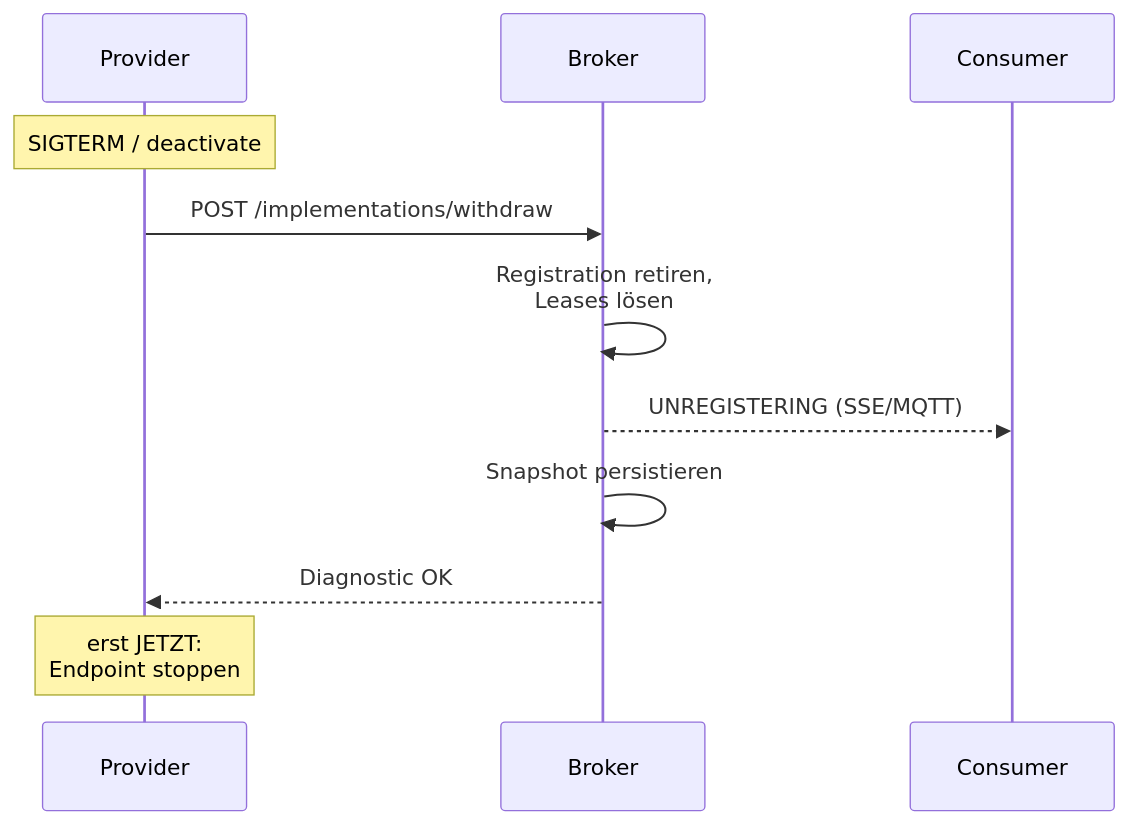
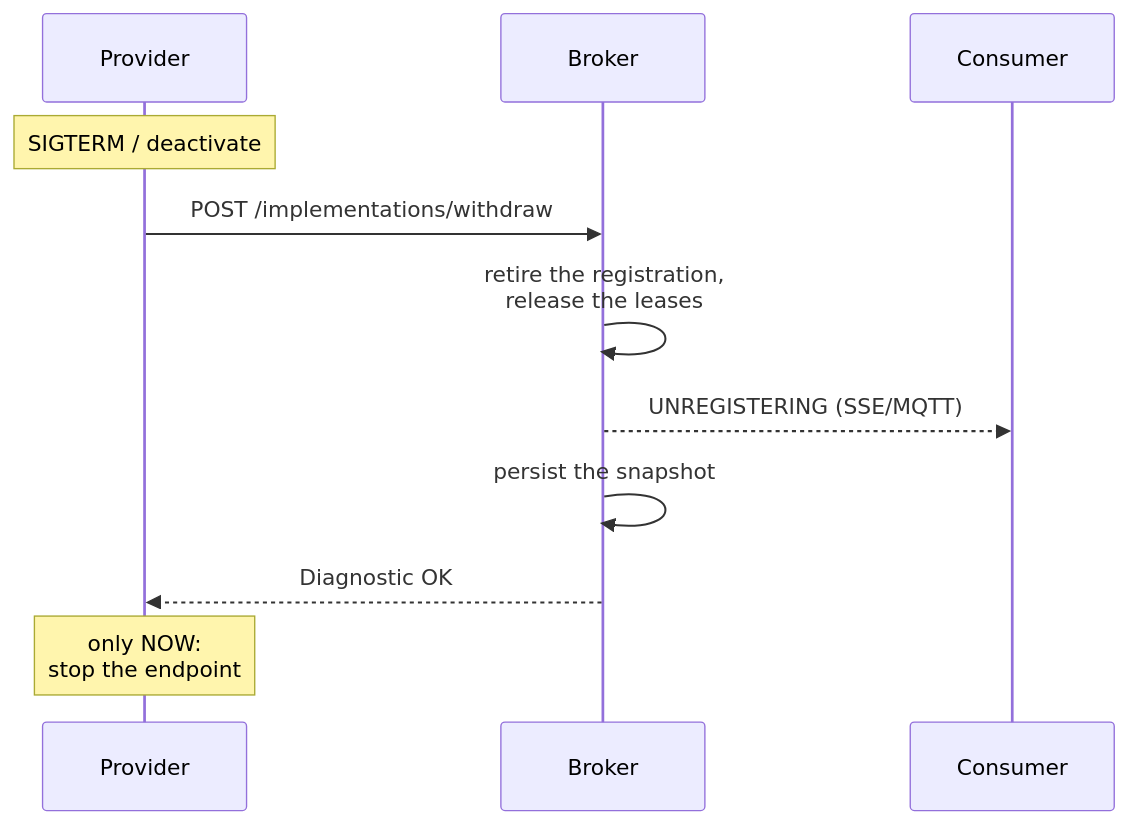
One commit to eclipse-fennec/emf.services changed the second of 3 diagrams in docs/ARCHITECTURE.md. Above: the diagram before and after it, drawn with Mermaid. The commit also changed other lines of this file and 5 other files, not shown here.

````diff
--- a/docs/ARCHITECTURE.md
+++ b/docs/ARCHITECTURE.md
@@ -53,13 +53,13 @@
 ```mermaid
 sequenceDiagram
   participant P as Provider
   participant B as Broker
   participant C as Consumer
   Note over P: SIGTERM / deactivate
   P->>B: POST /implementations/withdraw
-  B->>B: Registration retiren,<br/>Leases lösen
+  B->>B: retire the registration,<br/>release the leases
   B-->>C: UNREGISTERING (SSE/MQTT)
-  B->>B: Snapshot persistieren
+  B->>B: persist the snapshot
   B-->>P: Diagnostic OK
-  Note over P: erst JETZT:<br/>Endpoint stoppen
+  Note over P: only NOW:<br/>stop the endpoint
 ```
````
